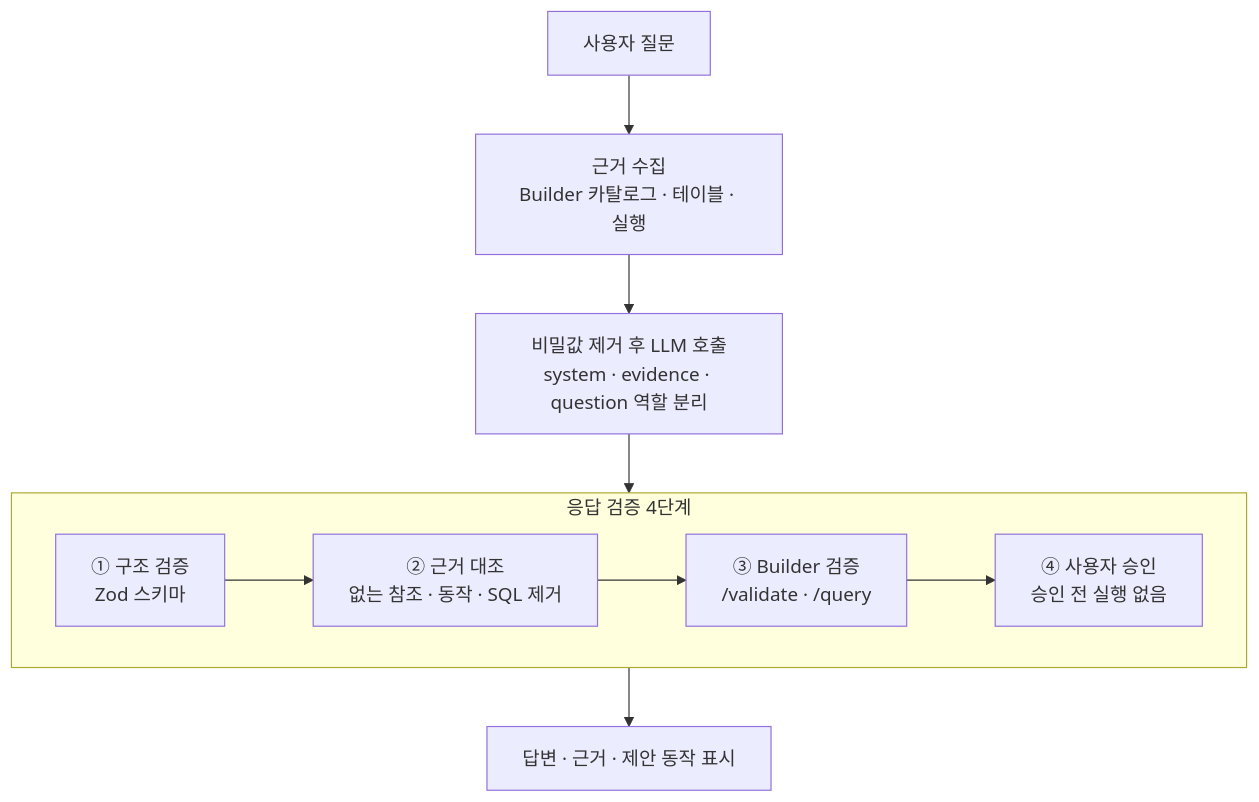
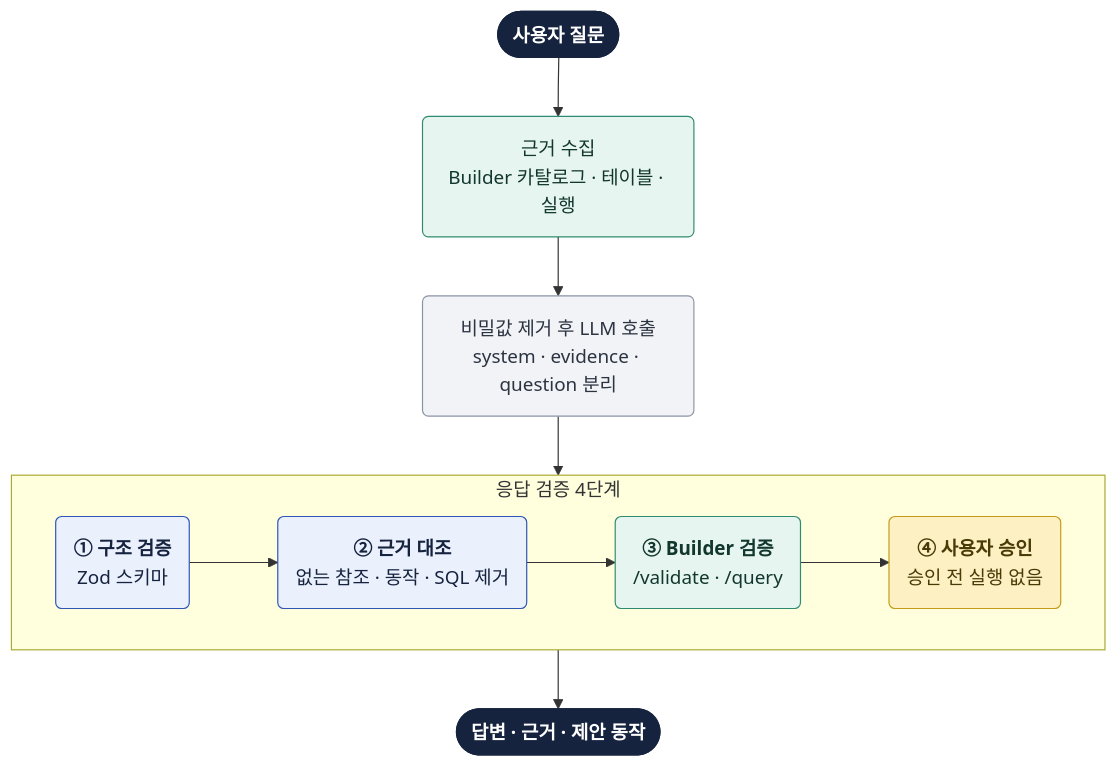
One commit to kpubdata-lab/kpubdata-reports changed the diagram in hanium-dreamup/figures/flow-assistant.mmd. Above: the diagram before and after it, drawn with Mermaid. The commit also changed 30 other files, not shown here.

First line of the commit message:
docs(hanium-dreamup): redraw the diagrams in a colour-coded style

```diff
--- a/hanium-dreamup/figures/flow-assistant.mmd
+++ b/hanium-dreamup/figures/flow-assistant.mmd
@@ -1,11 +1,22 @@
 flowchart TB
-    Q[사용자 질문] --> EV[근거 수집<br/>Builder 카탈로그 · 테이블 · 실행]
-    EV --> SC[비밀값 제거 후 LLM 호출<br/>system · evidence · question 역할 분리]
-    SC --> G1
-    subgraph GATE[응답 검증 4단계]
+    Q([사용자 질문]):::user --> EV("근거 수집<br/>Builder 카탈로그 · 테이블 · 실행"):::builder
+    EV --> SC("비밀값 제거 후 LLM 호출<br/>system · evidence · question 분리"):::ext
+    SC --> GATE
+    subgraph GATE["응답 검증 4단계"]
         direction LR
-        G1[① 구조 검증<br/>Zod 스키마] --> G2[② 근거 대조<br/>없는 참조 · 동작 · SQL 제거]
-        G2 --> G3[③ Builder 검증<br/>/validate · /query]
-        G3 --> G4[④ 사용자 승인<br/>승인 전 실행 없음]
+        G1("<b>① 구조 검증</b><br/>Zod 스키마"):::studio --> G2("<b>② 근거 대조</b><br/>없는 참조 · 동작 · SQL 제거"):::studio
+        G2 --> G3("<b>③ Builder 검증</b><br/>/validate · /query"):::builder
+        G3 --> G4("<b>④ 사용자 승인</b><br/>승인 전 실행 없음"):::gold
     end
-    G4 --> OUT[답변 · 근거 · 제안 동작 표시]
+    GATE --> OUT(["답변 · 근거 · 제안 동작"]):::user
+    classDef user fill:#16233f,stroke:#16233f,color:#ffffff,font-weight:700
+    classDef studio fill:#eaf0fc,stroke:#2f55b5,color:#16233f
+    classDef builder fill:#e7f5f0,stroke:#2e8b6f,color:#12372c
+    classDef store fill:#fff4dc,stroke:#c98a1b,color:#4a3506
+    classDef ext fill:#f1f3f6,stroke:#8a94a6,color:#2c3442
+    classDef bronze fill:#f7e4d4,stroke:#b5713a,color:#4e2c10
+    classDef silver fill:#eceff3,stroke:#7d8794,color:#2c3442
+    classDef gold fill:#fdf1c4,stroke:#c49a17,color:#4a3a06
+    classDef bad fill:#fdecec,stroke:#c94a4a,color:#5a1a1a
+    classDef ok fill:#e7f5f0,stroke:#2e8b6f,color:#12372c
+    classDef head fill:#2f55b5,stroke:#2f55b5,color:#ffffff,font-weight:700
```
